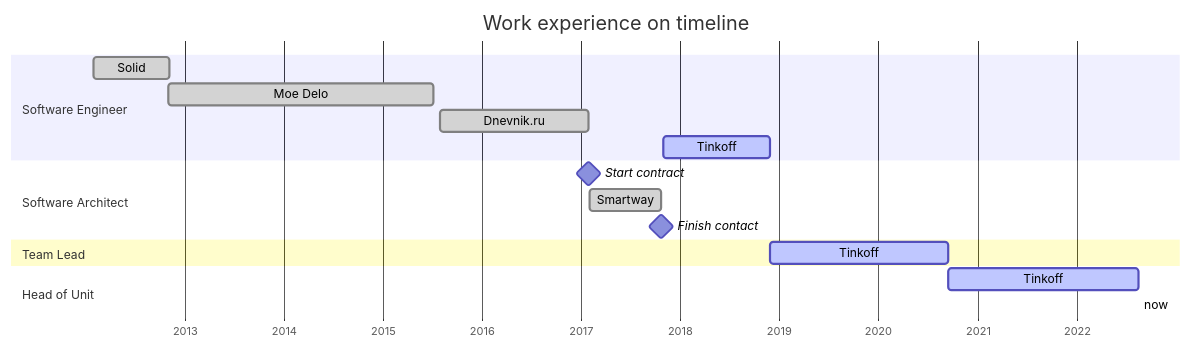
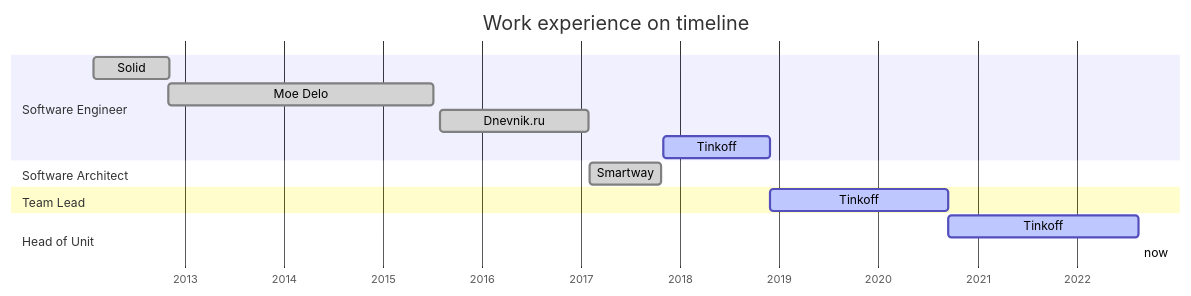
Before and after one commit to mchechulnikov/cv: the diagram in en.md, drawn with Mermaid.

````diff
--- a/en.md
+++ b/en.md
@@ -26,25 +26,23 @@
 ```mermaid
 gantt
     title Work experience on timeline
     dateFormat  YYYY-MM
     axisFormat  %Y
     todayMarker stroke-width:5px, opacity:0.75
     
     section Software Engineer
     Solid       :done, sd, 2012-02, 40w
     Moe Delo    :done, md, 2012-11, 140w
     Dnevnik.ru  :done, dn, 2015-08, 78w
     Tinkoff     :active, tfsde, 2017-11, 56w
     
     section Software Architect
-    Start contract: milestone, contract, after dn, 1s
     Smartway    :done, sw, 2017-02, 38w
-    Finish contact: milestone, contract, after sw, 1s
     
     section Team Lead
     Tinkoff     :active, tftl, after tfsde, 94w
     
     section Head of Unit
     Tinkoff     :active, tf, after tftl, 100w
     now         :now
 ```
````
